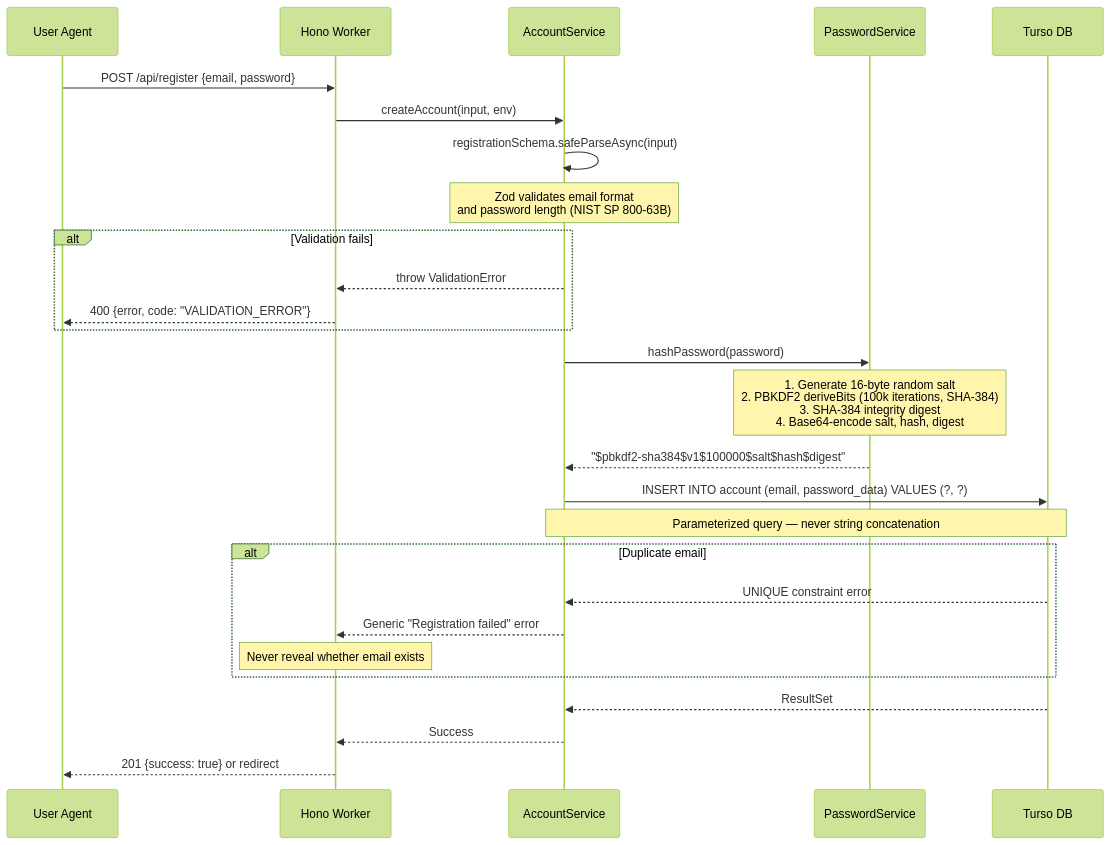
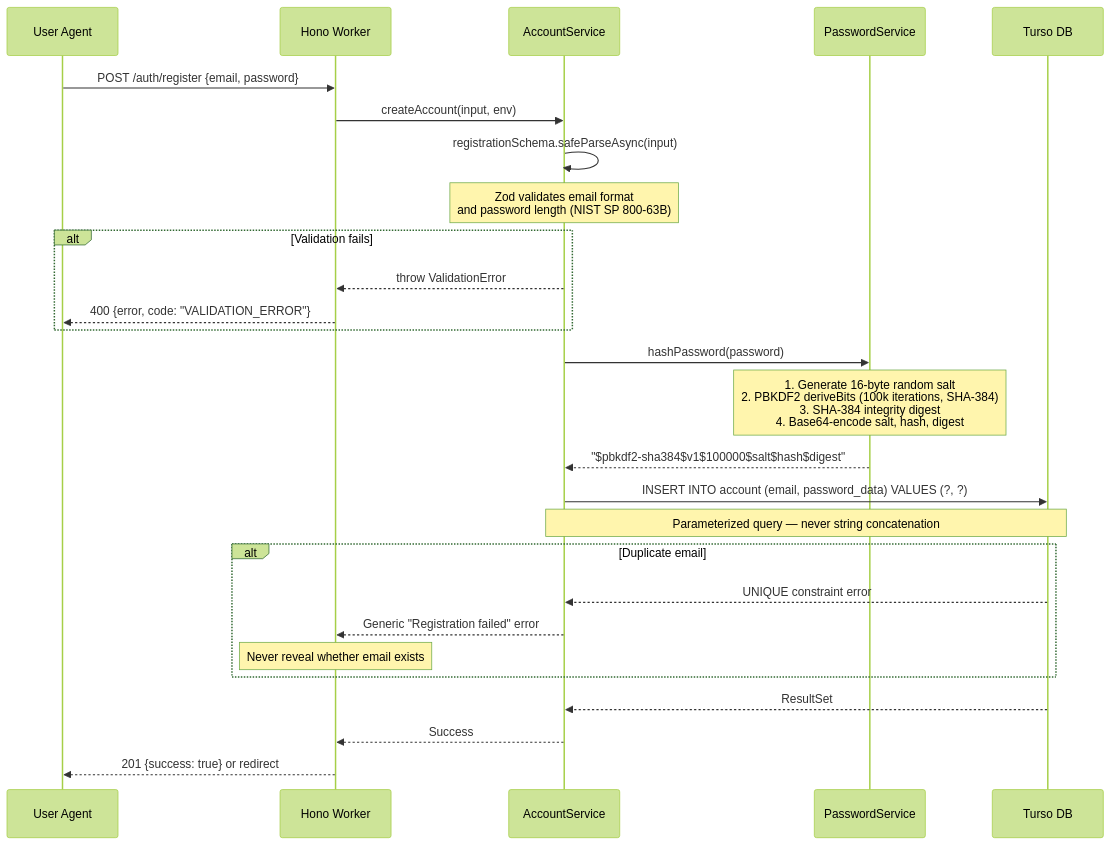
The first of 6 diagrams in docs/flows.md (vhscom/private-landing), drawn with Mermaid (forest theme) before and after one commit. The commit also changed other lines of this file and 17 other files, not shown here.

````diff
--- a/docs/flows.md
+++ b/docs/flows.md
@@ -15,36 +15,36 @@
 ```mermaid
 sequenceDiagram
   participant U as User Agent
   participant H as Hono Worker
   participant AS as AccountService
   participant PS as PasswordService
   participant DB as Turso DB
 
-  U->>H: POST /api/register {email, password}
+  U->>H: POST /auth/register {email, password}
   H->>AS: createAccount(input, env)
 
   AS->>AS: registrationSchema.safeParseAsync(input)
   Note over AS: Zod validates email format<br/>and password length (NIST SP 800-63B)
 
   alt Validation fails
     AS-->>H: throw ValidationError
     H-->>U: 400 {error, code: "VALIDATION_ERROR"}
   end
 
   AS->>PS: hashPassword(password)
   Note over PS: 1. Generate 16-byte random salt<br/>2. PBKDF2 deriveBits (100k iterations, SHA-384)<br/>3. SHA-384 integrity digest<br/>4. Base64-encode salt, hash, digest
   PS-->>AS: "$pbkdf2-sha384$v1$100000$salt$hash$digest"
 
   AS->>DB: INSERT INTO account (email, password_data) VALUES (?, ?)
   Note over AS,DB: Parameterized query — never string concatenation
 
   alt Duplicate email
     DB-->>AS: UNIQUE constraint error
     AS-->>H: Generic "Registration failed" error
     Note over H: Never reveal whether email exists
   end
 
   DB-->>AS: ResultSet
   AS-->>H: Success
   H-->>U: 201 {success: true} or redirect
 ```
````
